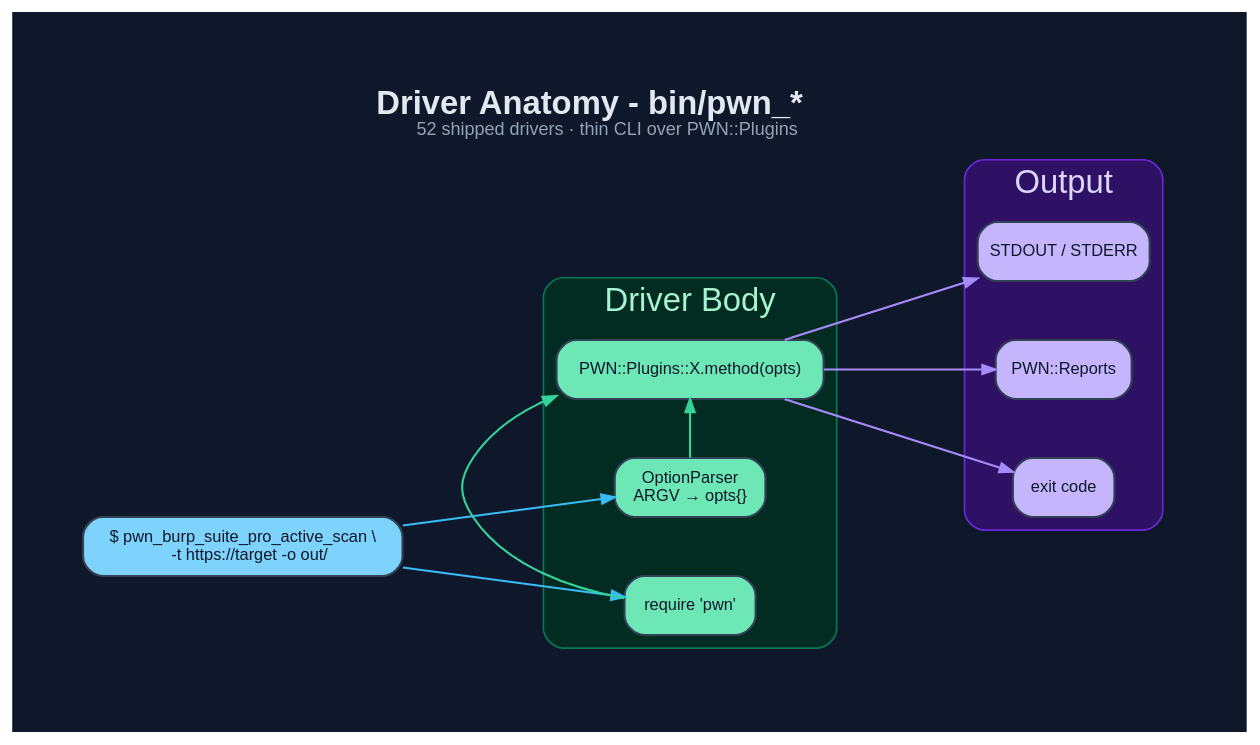
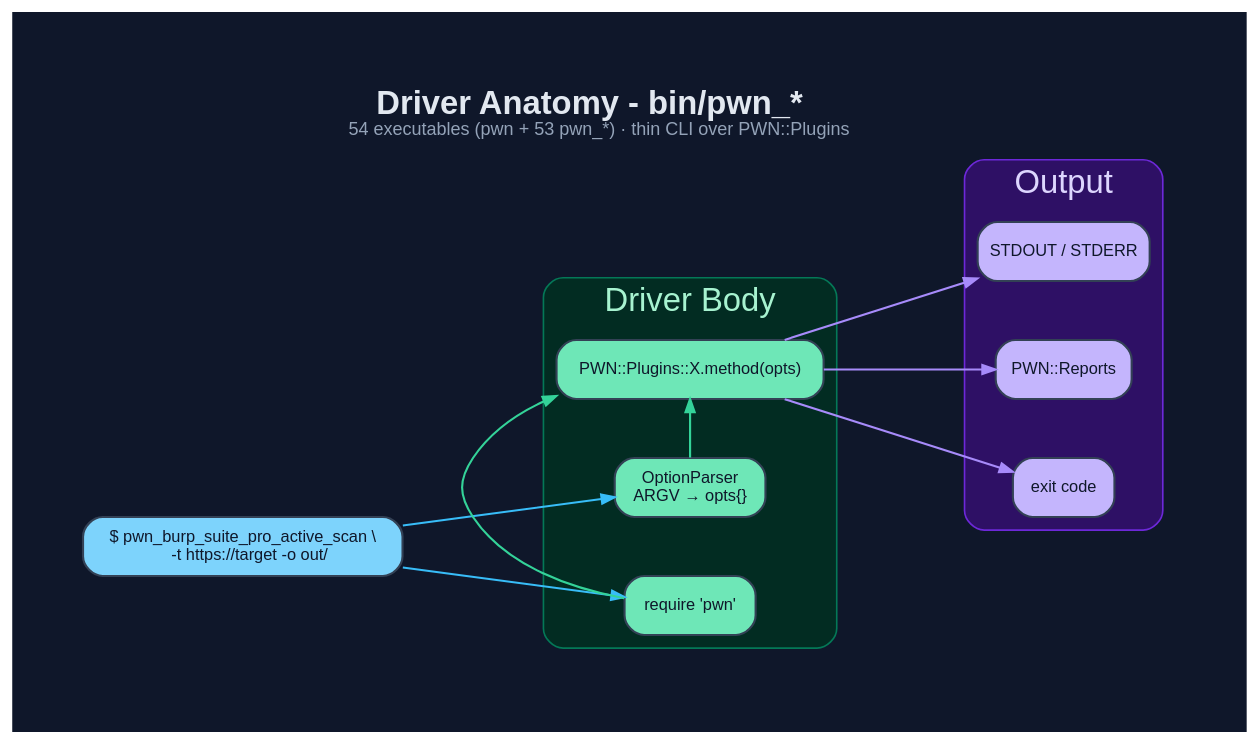
One commit to 0dayInc/pwn changed the diagram in documentation/diagrams/dot/driver-framework.dot. Above: the diagram before and after it, drawn with Graphviz. The commit also changed 52 other files, not shown here.

```diff
--- a/documentation/diagrams/dot/driver-framework.dot
+++ b/documentation/diagrams/dot/driver-framework.dot
@@ -1,39 +1,39 @@
 digraph "PWN_Driver" {
   graph [
-    label=<<B>Driver Anatomy - bin/pwn_*</B><BR/><FONT POINT-SIZE="11" COLOR="#94a3b8">52 shipped drivers · thin CLI over PWN::Plugins</FONT>>,
+    label=<<B>Driver Anatomy - bin/pwn_*</B><BR/><FONT POINT-SIZE="11" COLOR="#94a3b8">54 executables (pwn + 53 pwn_*) · thin CLI over PWN::Plugins</FONT>>,
     labelloc=t, fontsize=20, fontname="Helvetica",
     rankdir=LR, splines=spline, nodesep=0.5, ranksep=1.3,
     bgcolor="#0f172a", fontcolor="#e2e8f0", pad=0.6, newrank=true
   ];
   node [fontname="Helvetica", fontsize=10, style="filled,rounded",
         shape=box, penwidth=1.3, color="#334155", fontcolor="#0f172a"];
   edge [fontname="Helvetica", fontsize=9, color="#94a3b8",
         fontcolor="#cbd5e1", penwidth=1.3, arrowsize=0.8];
 
   Sh [label="$ pwn_burp_suite_pro_active_scan \\ \n    -t https://target -o out/", fillcolor="#7dd3fc"];
 
   subgraph cluster_d {
     label="Driver Body"; fontcolor="#a7f3d0"; style=rounded;
     color="#047857"; bgcolor="#022c22";
     Opt  [label="OptionParser\nARGV → opts{}", fillcolor="#6ee7b7"];
     Req  [label="require 'pwn'",               fillcolor="#6ee7b7"];
     Call [label="PWN::Plugins::X.method(opts)", fillcolor="#6ee7b7"];
   }
   {rank=same; Opt; Req; Call}
 
   subgraph cluster_o {
     label="Output"; fontcolor="#ddd6fe"; style=rounded;
     color="#6d28d9"; bgcolor="#2e1065";
     Std [label="STDOUT / STDERR", fillcolor="#c4b5fd"];
     Rep [label="PWN::Reports",    fillcolor="#c4b5fd"];
     Ex  [label="exit code",       fillcolor="#c4b5fd"];
   }
 
   Sh -> Opt [color="#38bdf8"];
   Sh -> Req [color="#38bdf8"];
   Opt -> Call [color="#34d399"];
   Req -> Call [color="#34d399"];
   Call -> Std [color="#a78bfa"];
   Call -> Rep [color="#a78bfa"];
   Call -> Ex  [color="#a78bfa"];
 }
```
